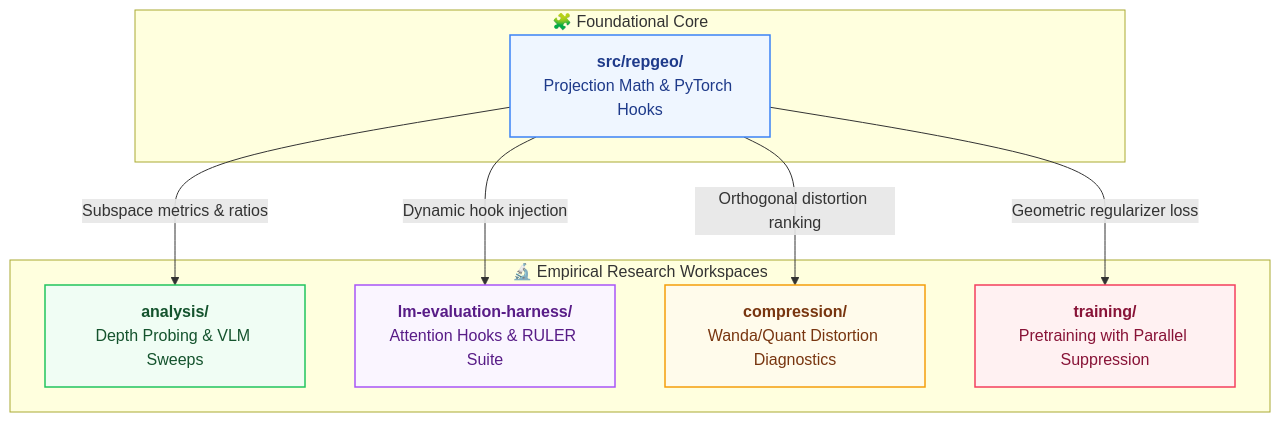
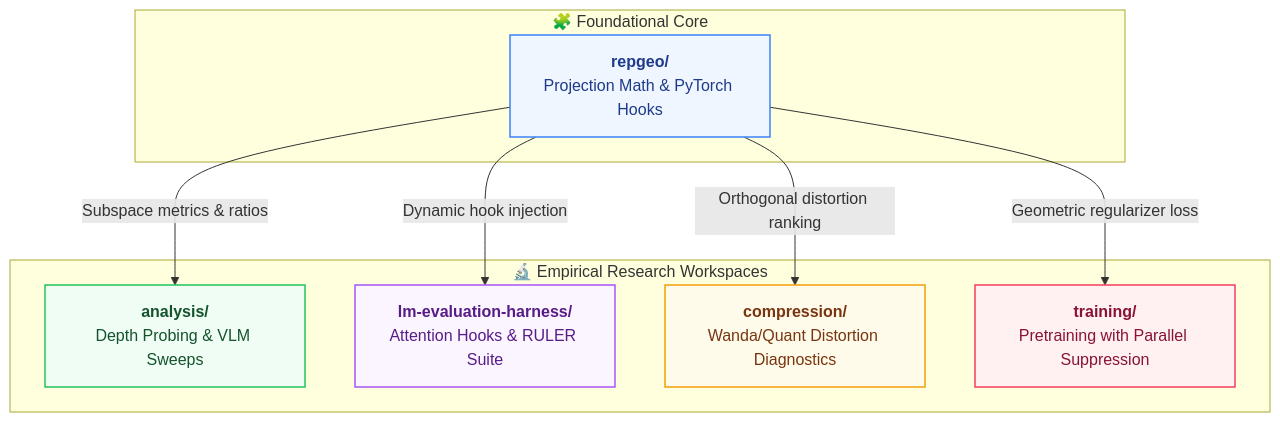
The diagram in README.md (Shwai-He/Transformer-Geometry), drawn with Mermaid before and after one commit. The commit also changed other lines of this file and 15 other files, not shown here.

Commit message:
refactor: promote src/repgeo to top-level repgeo/ package and remove redundant src directory

````diff
--- a/README.md
+++ b/README.md
@@ -179,24 +179,24 @@
 ```mermaid
 graph TD
     classDef core fill:#eff6ff,stroke:#3b82f6,stroke-width:1.5px,color:#1e3a8a
     classDef ana fill:#f0fdf4,stroke:#22c55e,stroke-width:1.5px,color:#14532d
     classDef eval fill:#faf5ff,stroke:#a855f7,stroke-width:1.5px,color:#581c87
     classDef comp fill:#fffbeb,stroke:#f59e0b,stroke-width:1.5px,color:#78350f
     classDef train fill:#fff1f2,stroke:#f43f5e,stroke-width:1.5px,color:#881337
 
     subgraph CoreEngine["🧩 Foundational Core"]
-        repgeo["<b>src/repgeo/</b><br/>Projection Math & PyTorch Hooks"]:::core
+        repgeo["<b>repgeo/</b><br/>Projection Math & PyTorch Hooks"]:::core
     end
 
     subgraph Workspaces["🔬 Empirical Research Workspaces"]
         ana["<b>analysis/</b><br/>Depth Probing & VLM Sweeps"]:::ana
         eval["<b>lm-evaluation-harness/</b><br/>Attention Hooks & RULER Suite"]:::eval
         comp["<b>compression/</b><br/>Wanda/Quant Distortion Diagnostics"]:::comp
         train["<b>training/</b><br/>Pretraining with Parallel Suppression"]:::train
     end
 
     repgeo -->|Dynamic hook injection| eval
     repgeo -->|Subspace metrics & ratios| ana
     repgeo -->|Orthogonal distortion ranking| comp
     repgeo -->|Geometric regularizer loss| train
 ```
````
